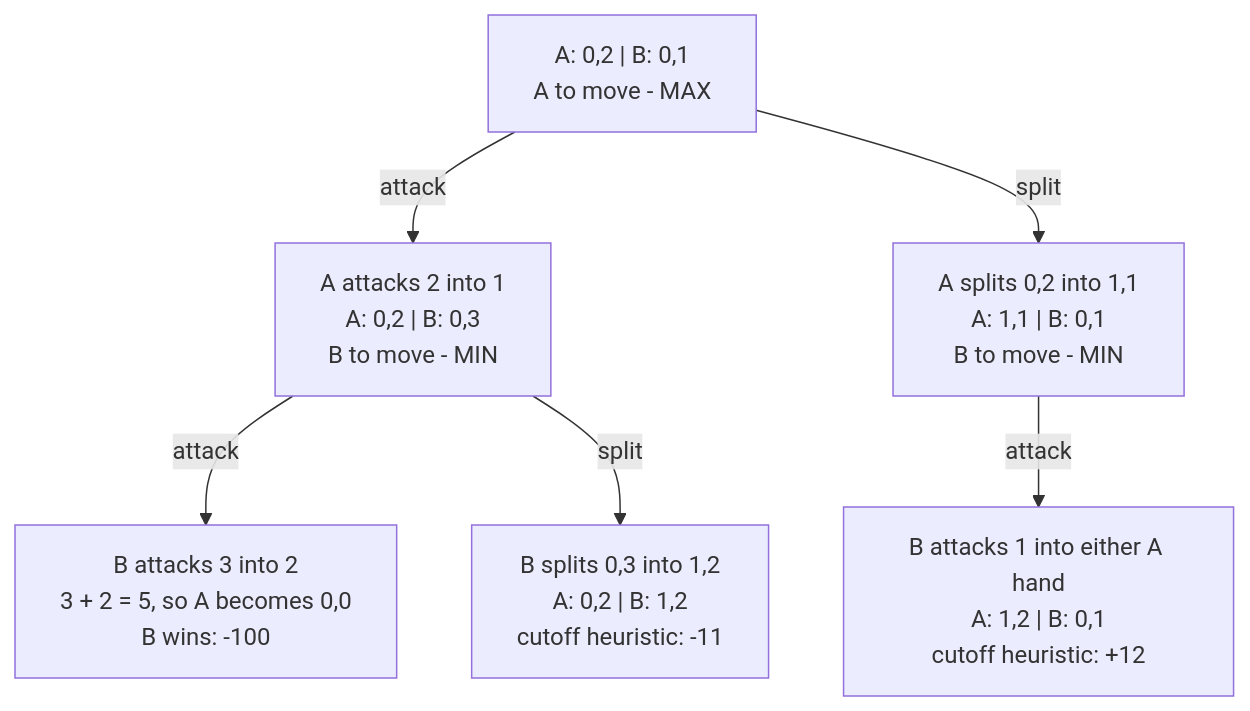
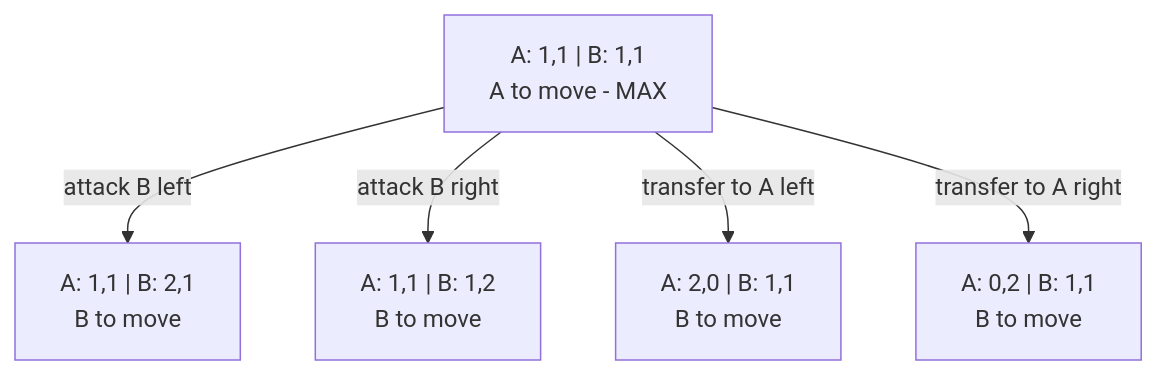
The second of 4 diagrams in Assignment 6/AI_LOGIC_GRAPH.md (Jnuso/CSE-4095), drawn with Mermaid before and after one commit. The commit also changed other lines of this file and 12 other files, not shown here.

````diff
--- a/Assignment 6/AI_LOGIC_GRAPH.md
+++ b/Assignment 6/AI_LOGIC_GRAPH.md
@@ -210,15 +194,12 @@
 ```mermaid
 flowchart TD
-    S["A: 0,2 | B: 0,1<br/>A to move - MAX"]
-    AT["A attacks 2 into 1<br/>A: 0,2 | B: 0,3<br/>B to move - MIN"]
-    AS["A splits 0,2 into 1,1<br/>A: 1,1 | B: 0,1<br/>B to move - MIN"]
-    BW["B attacks 3 into 2<br/>3 + 2 = 5, so A becomes 0,0<br/>B wins: -100"]
-    BS["B splits 0,3 into 1,2<br/>A: 0,2 | B: 1,2<br/>cutoff heuristic: -11"]
-    BA["B attacks 1 into either A hand<br/>A: 1,2 | B: 0,1<br/>cutoff heuristic: +12"]
-
-    S -->|"attack"| AT
-    S -->|"split"| AS
-    AT -->|"attack"| BW
-    AT -->|"split"| BS
-    AS -->|"attack"| BA
+    S["A: 1,1 | B: 1,1<br/>A to move - MAX"]
+    AL["A: 1,1 | B: 2,1<br/>B to move"]
+    AR["A: 1,1 | B: 1,2<br/>B to move"]
+    TL["A: 2,0 | B: 1,1<br/>B to move"]
+    TR["A: 0,2 | B: 1,1<br/>B to move"]
+    S -->|"attack B left"| AL
+    S -->|"attack B right"| AR
+    S -->|"transfer to A left"| TL
+    S -->|"transfer to A right"| TR
 ```
````
